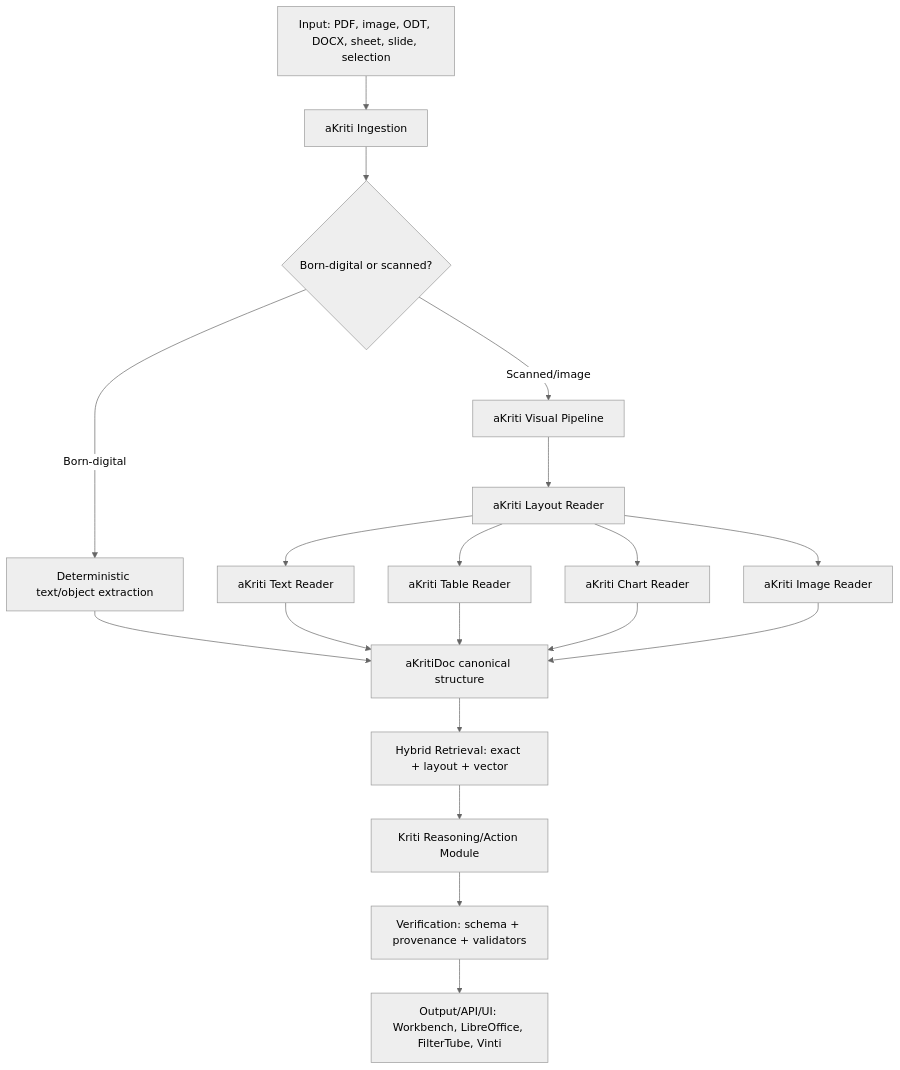
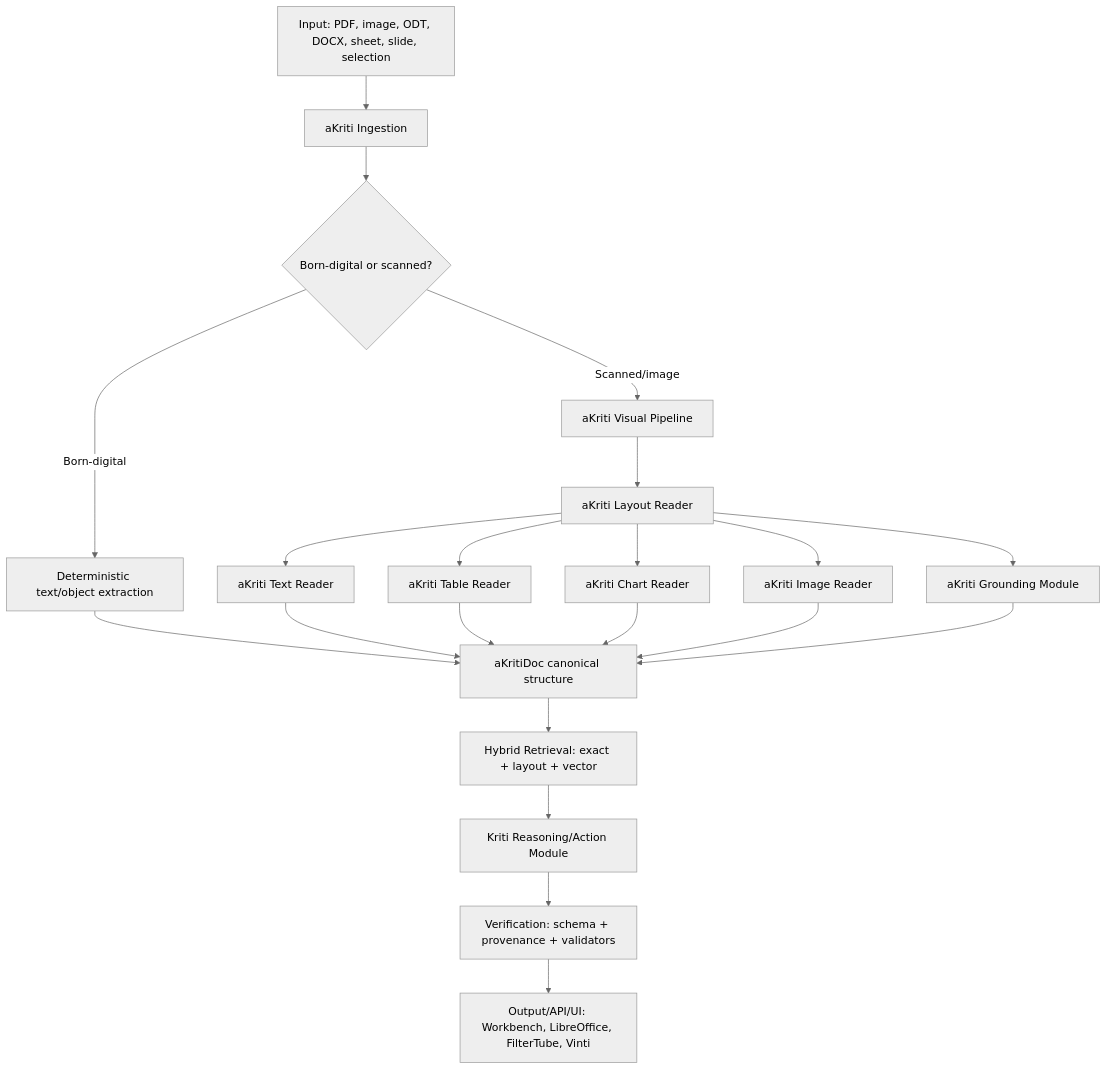
One commit to varshneydevansh/aKriti changed the first of 2 diagrams in docs/akriti-master-architecture.md. Above: the diagram before and after it, drawn with Mermaid (neutral theme). The commit also changed other lines of this file and 664 other files, not shown here.

````diff
--- a/docs/akriti-master-architecture.md
+++ b/docs/akriti-master-architecture.md
@@ -128,21 +129,23 @@
 ```mermaid
 flowchart TD
     A["Input: PDF, image, ODT, DOCX, sheet, slide, selection"] --> B["aKriti Ingestion"]
     B --> C{"Born-digital or scanned?"}
     C -->|"Born-digital"| D["Deterministic text/object extraction"]
     C -->|"Scanned/image"| E["aKriti Visual Pipeline"]
     D --> F["aKritiDoc canonical structure"]
     E --> G["aKriti Layout Reader"]
     G --> H["aKriti Text Reader"]
     G --> I["aKriti Table Reader"]
     G --> J["aKriti Chart Reader"]
     G --> K["aKriti Image Reader"]
+    G --> P["aKriti Grounding Module"]
     H --> F
     I --> F
     J --> F
     K --> F
+    P --> F
     F --> L["Hybrid Retrieval: exact + layout + vector"]
     L --> M["Kriti Reasoning/Action Module"]
     M --> N["Verification: schema + provenance + validators"]
     N --> O["Output/API/UI: Workbench, LibreOffice, FilterTube, Vinti"]
 ```
````
